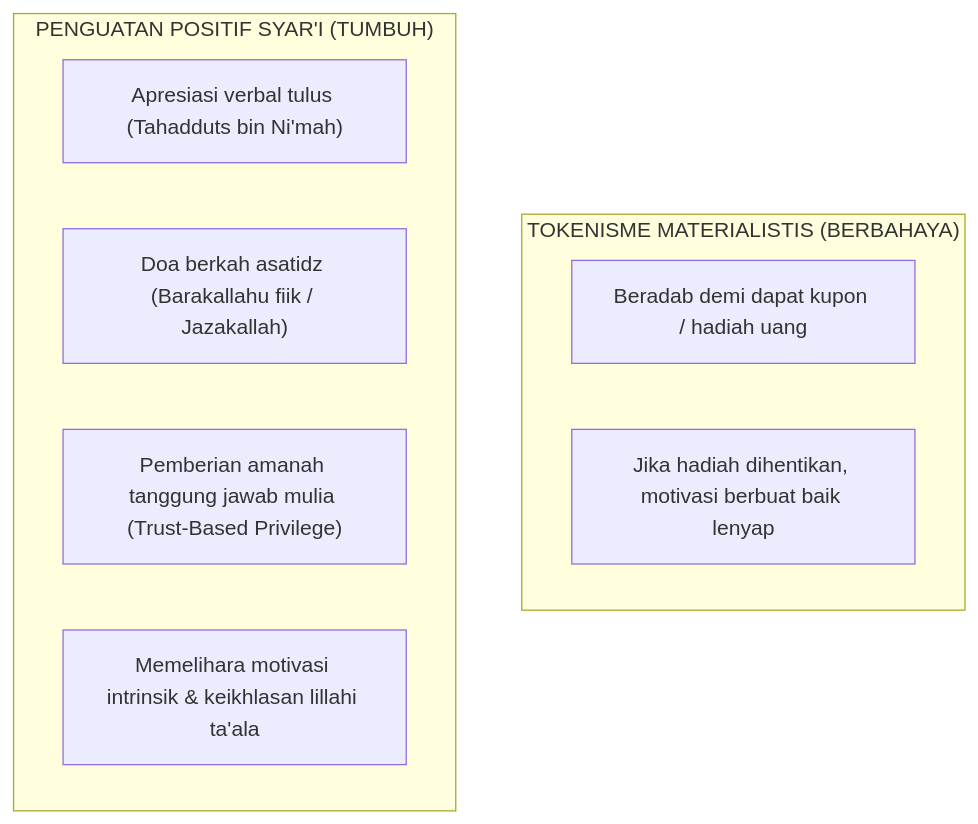
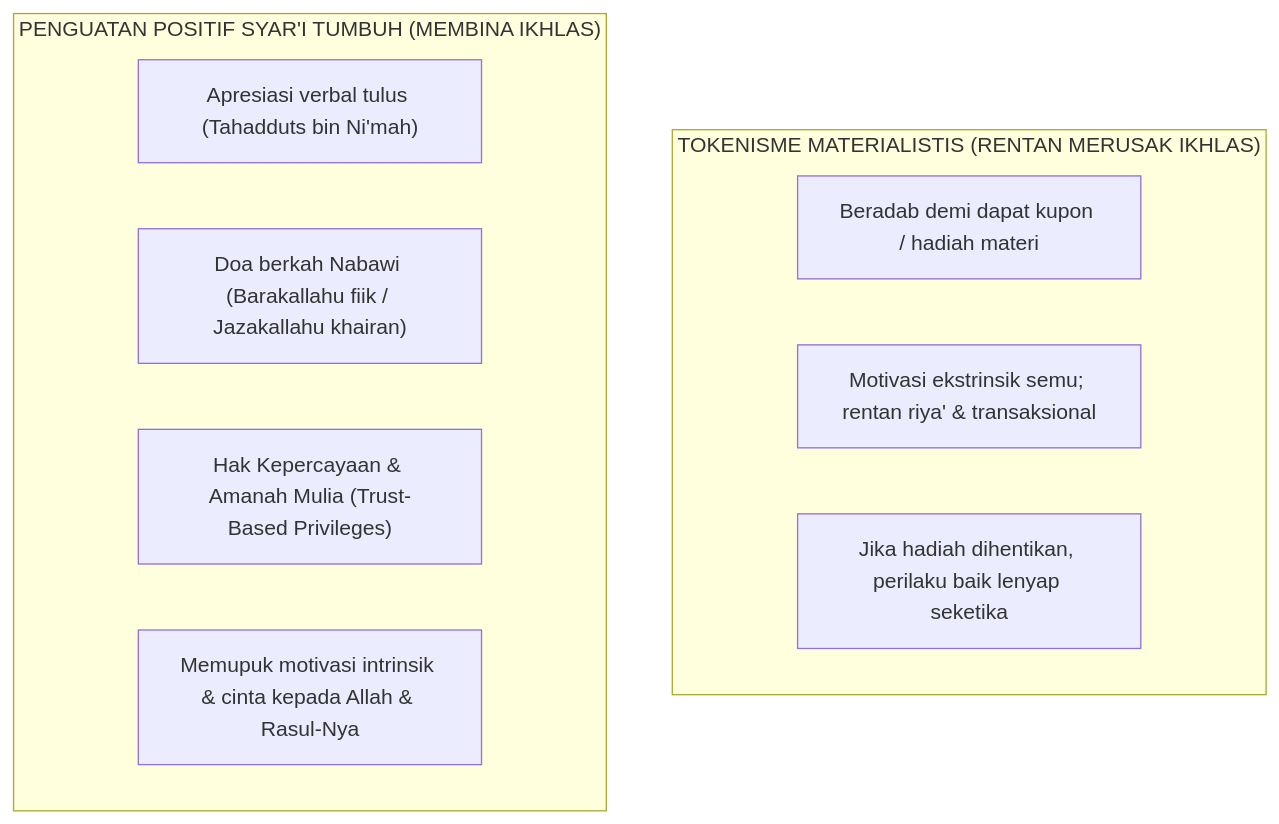
The diagram in BOOK Series 2/Volume-04-Intervensi-PBIS-dan-Disiplin-Restoratif/Bab-02-Intervensi-Tier-1-Universal/03-Budaya-Penguatan-Positif-Syar'i.md (wandiapriliyandi/tumbuh), drawn with Mermaid before and after one commit. The commit also changed other lines of this file and 61 other files, not shown here.

````diff
--- a/BOOK Series 2/Volume-04-Intervensi-PBIS-dan-Disiplin-Restoratif/Bab-02-Intervensi-Tier-1-Universal/03-Budaya-Penguatan-Positif-Syar'i.md
+++ b/BOOK Series 2/Volume-04-Intervensi-PBIS-dan-Disiplin-Restoratif/Bab-02-Intervensi-Tier-1-Universal/03-Budaya-Penguatan-Positif-Syar'i.md
@@ -13,14 +15,15 @@
 ```mermaid
 flowchart TD
-    subgraph TokenismeBarat["TOKENISME MATERIALISTIS (BERBAHAYA)"]
-        T1["Beradab demi dapat kupon / hadiah uang"]
-        T2["Jika hadiah dihentikan, motivasi berbuat baik lenyap"]
+    subgraph TokenismeBarat["TOKENISME MATERIALISTIS (RENTAN MERUSAK IKHLAS)"]
+        T1["Beradab demi dapat kupon / hadiah materi"]
+        T2["Motivasi ekstrinsik semu; rentan riya' & transaksional"]
+        T3["Jika hadiah dihentikan, perilaku baik lenyap seketika"]
     end
 
-    subgraph ApresiasiSyar'i["PENGUATAN POSITIF SYAR'I (TUMBUH)"]
+    subgraph ApresiasiSyar'i["PENGUATAN POSITIF SYAR'I TUMBUH (MEMBINA IKHLAS)"]
         A1["Apresiasi verbal tulus (Tahadduts bin Ni'mah)"]
-        A2["Doa berkah asatidz (Barakallahu fiik / Jazakallah)"]
-        A3["Pemberian amanah tanggung jawab mulia (Trust-Based Privilege)"]
-        A4["Memelihara motivasi intrinsik & keikhlasan lillahi ta'ala"]
+        A2["Doa berkah Nabawi (Barakallahu fiik / Jazakallahu khairan)"]
+        A3["Hak Kepercayaan & Amanah Mulia (Trust-Based Privileges)"]
+        A4["Memupuk motivasi intrinsik & cinta kepada Allah & Rasul-Nya"]
     end
 ```
````
